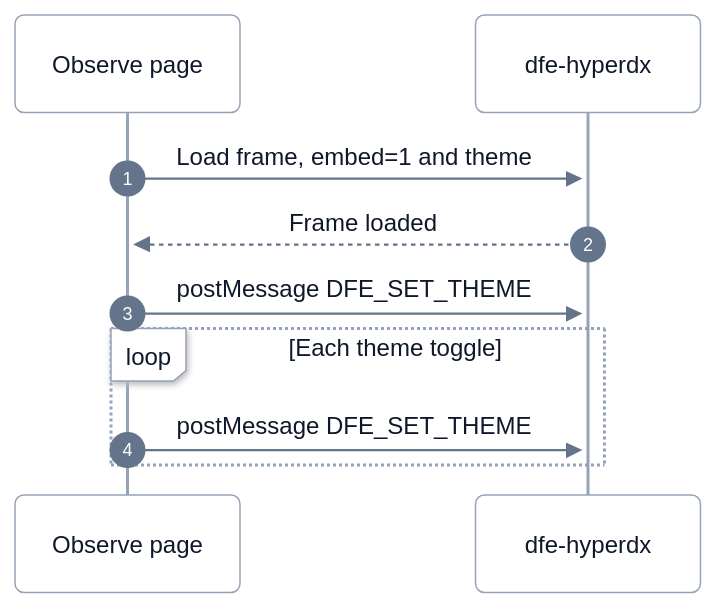
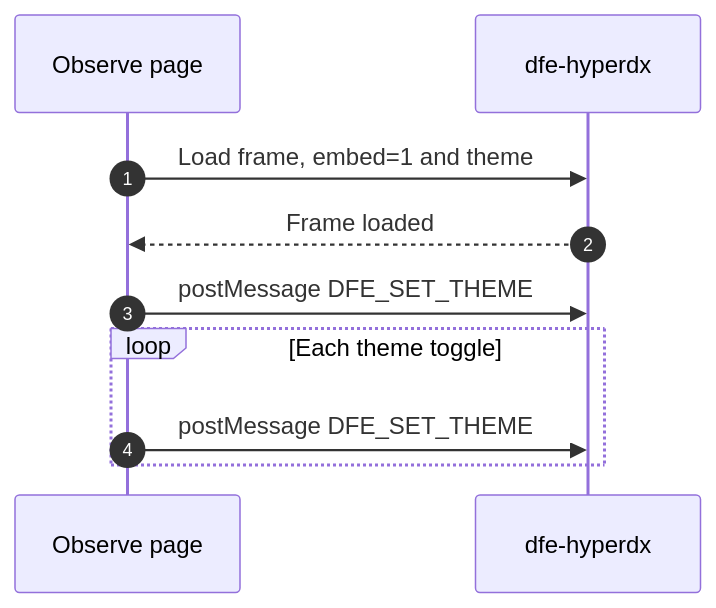
Before and after one commit to hyperi-io/dfe-ui: the diagram in docs/observe-embed.md, drawn with Mermaid. The commit also changed 3 other files, not shown here.

First line of the commit message:
docs(diagrams): drop stale frontmatter from 4 non-flowchart diagrams

````diff
--- a/docs/observe-embed.md
+++ b/docs/observe-embed.md
@@ -17,49 +17,14 @@
 ```mermaid
----
-config:
-  theme: base
-  look: neo
-  fontFamily: Inter, -apple-system, Segoe UI, Roboto, Helvetica, Arial, sans-serif
-  themeVariables:
-    fontSize: 15px
-    lineColor: "#64748B"
-    primaryTextColor: "#0F172A"
-    edgeLabelBackground: "#FFFFFF"
-    actorBkg: "#FFFFFF"
-    actorBorder: "#94A3B8"
-    actorTextColor: "#0F172A"
-    actorLineColor: "#94A3B8"
-    signalColor: "#64748B"
-    signalTextColor: "#0F172A"
-    sequenceNumberColor: "#FFFFFF"
-    noteBkgColor: "#FFFFFF"
-    noteBorderColor: "#94A3B8"
-    noteTextColor: "#0F172A"
-    labelBoxBkgColor: "#FFFFFF"
-    labelBoxBorderColor: "#94A3B8"
-    labelTextColor: "#0F172A"
-    loopTextColor: "#0F172A"
-  themeCSS: >-
-    p{margin:0}
-    .labelBkg{background:transparent!important}
-    span.edgeLabel{display:inline-block;background:#FFFFFF!important;color:#1E293B;border:1px solid #94A3B8;border-radius:999px;padding:2px 10px;font-size:12px;font-weight:500}
-    span.edgeLabel p{background:transparent!important}
-    .messageText{fill:#0F172A;stroke:#FFFFFF;stroke-width:4px;paint-order:stroke;stroke-linejoin:round}
-    .loopText,.loopText tspan{fill:#0F172A;stroke:#FFFFFF;stroke-width:4px;paint-order:stroke;stroke-linejoin:round}
-    .loopLine{stroke:#64748B}
-    .actor{rx:10px;ry:10px;filter:drop-shadow(0 1px 2px rgba(15,23,42,.10)) drop-shadow(0 6px 14px rgba(15,23,42,.10))}
-    .actor-line{stroke-dasharray:4 4}
----
 sequenceDiagram
   accTitle: L4 Detail -- Observe embed
   accDescr: The Observe page loads dfe-hyperdx in a frame with embed and theme in the URL. When the frame has loaded, and on every theme toggle, the page posts a DFE_SET_THEME message to it.
   autonumber
   participant page as Observe page
   participant hdx as dfe-hyperdx
   page->>hdx: Load frame, embed=1 and theme
   hdx-->>page: Frame loaded
   page->>hdx: postMessage DFE_SET_THEME
   loop Each theme toggle
     page->>hdx: postMessage DFE_SET_THEME
   end
 ```
````
